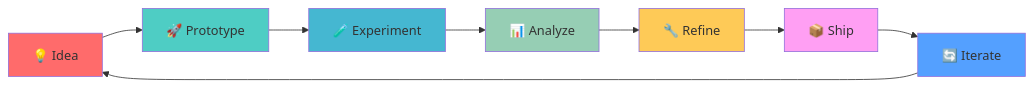
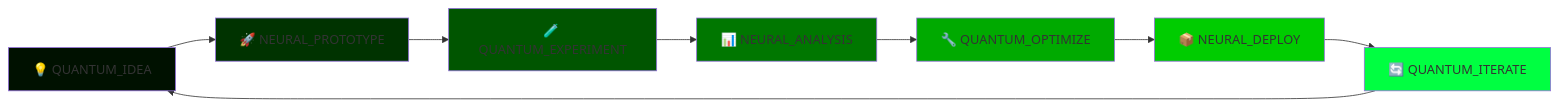
Before and after one commit to gooseprime/gooseprime: the seventh of 7 diagrams in README.md, drawn with Mermaid. The commit also changed other lines of this file, not shown here.

````diff
--- a/README.md
+++ b/README.md
@@ -326,18 +329,18 @@
 ```mermaid
 flowchart LR
-    A[💡 Idea] --> B[🚀 Prototype]
-    B --> C[🧪 Experiment]
-    C --> D[📊 Analyze]
-    D --> E[🔧 Refine]
-    E --> F[📦 Ship]
-    F --> G[🔄 Iterate]
+    A[💡 QUANTUM_IDEA] --> B[🚀 NEURAL_PROTOTYPE]
+    B --> C[🧪 QUANTUM_EXPERIMENT]
+    C --> D[📊 NEURAL_ANALYSIS]
+    D --> E[🔧 QUANTUM_OPTIMIZE]
+    E --> F[📦 NEURAL_DEPLOY]
+    F --> G[🔄 QUANTUM_ITERATE]
     G --> A
     
-    style A fill:#ff6b6b
-    style B fill:#4ecdc4
-    style C fill:#45b7d1
-    style D fill:#96ceb4
-    style E fill:#feca57
-    style F fill:#ff9ff3
-    style G fill:#54a0ff
+    style A fill:#001100
+    style B fill:#003300
+    style C fill:#005500
+    style D fill:#007700
+    style E fill:#00AA00
+    style F fill:#00CC00
+    style G fill:#00FF41
 ```
````
